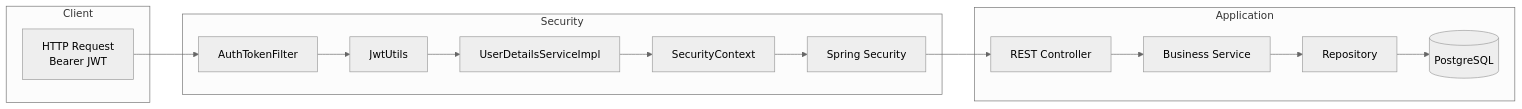
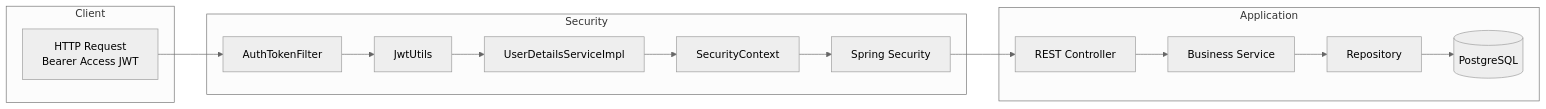
The third of 8 diagrams in README.md (Dhanno98/Ecommerce-Backend), drawn with Mermaid (neutral theme) before and after one commit. The commit also changed other lines of this file, not shown here.

````diff
--- a/README.md
+++ b/README.md
@@ -290,32 +332,32 @@
 ```mermaid
 flowchart LR
 
     subgraph Client
-        A["HTTP Request<br/>Bearer JWT"]
+        A["HTTP Request<br/>Bearer Access JWT"]
     end
 
     subgraph Security
         B["AuthTokenFilter"]
         C["JwtUtils"]
         D["UserDetailsServiceImpl"]
         E["SecurityContext"]
         F["Spring Security"]
     end
 
     subgraph Application
         G["REST Controller"]
         H["Business Service"]
         I["Repository"]
         J[("PostgreSQL")]
     end
 
     A --> B
     B --> C
     C --> D
     D --> E
     E --> F
     F --> G
     G --> H
     H --> I
     I --> J
 ```
````
